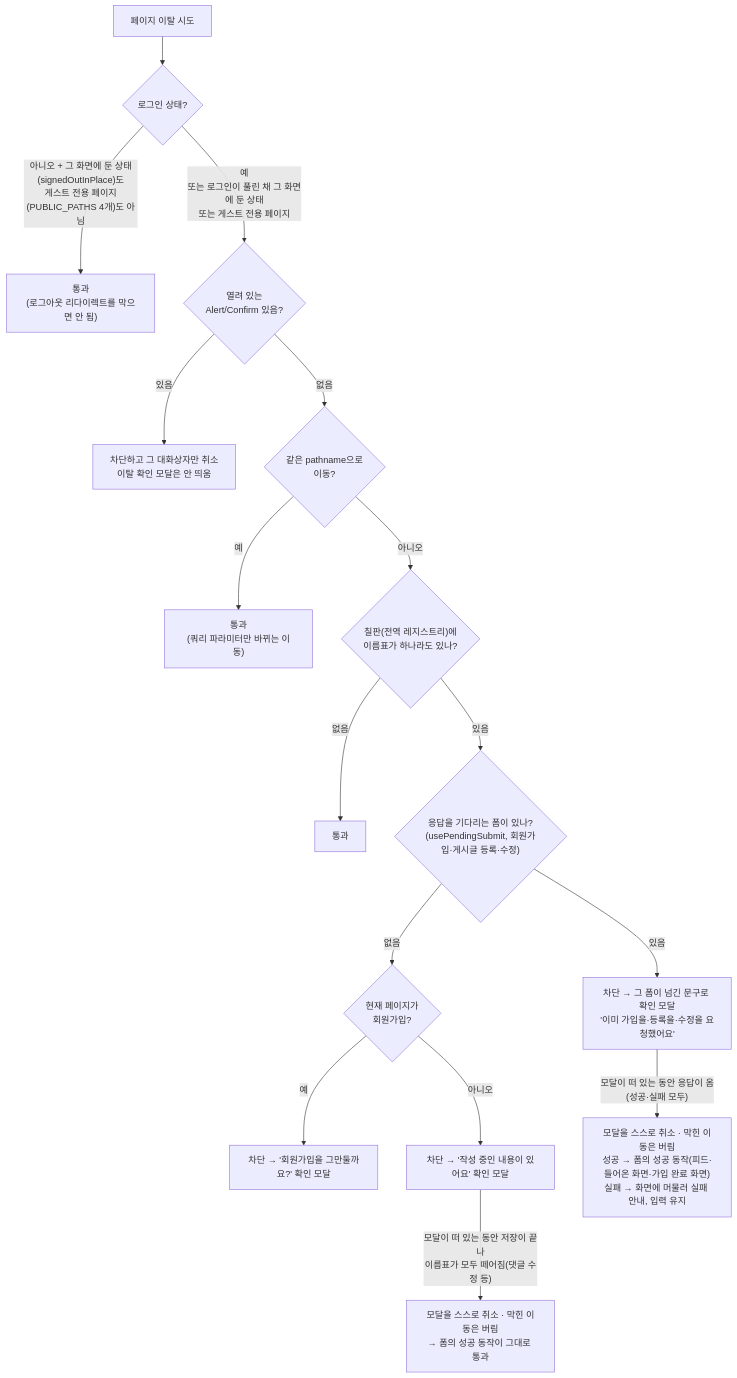
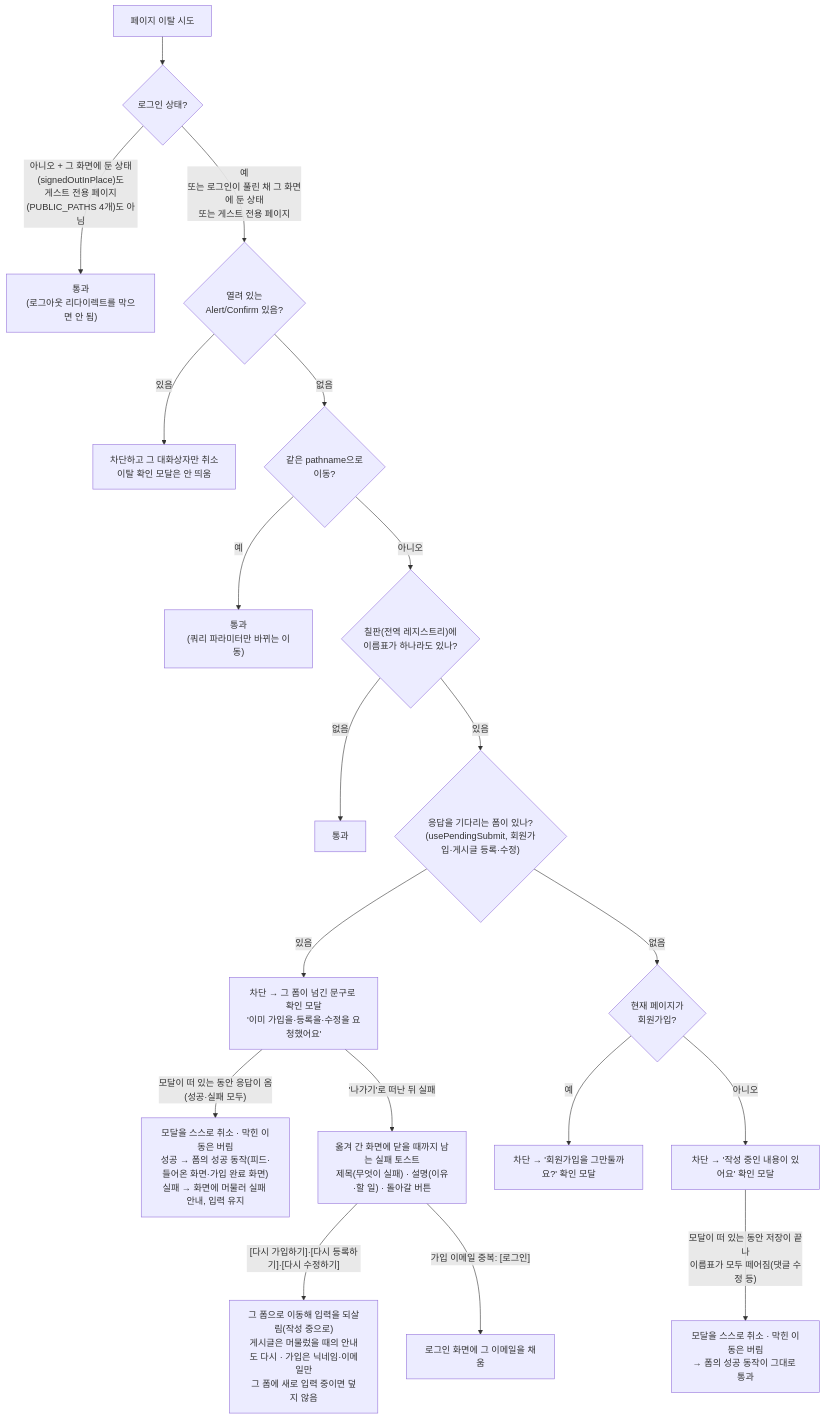
One commit to BAECHAN/link-sphere_FE_NEW changed the diagram in docs/UNSAVED-CHANGES-GUARD.md. Above: the diagram before and after it, drawn with Mermaid. The commit also changed other lines of this file and 24 other files, not shown here.

First line of the commit message:
feat(shared): 요청 중 떠난 뒤 실패하면 닫을 때까지 남는 토스트와 돌아갈 버튼 (#487)

````diff
--- a/docs/UNSAVED-CHANGES-GUARD.md
+++ b/docs/UNSAVED-CHANGES-GUARD.md
@@ -30,18 +30,21 @@
 ```mermaid
 flowchart TD
   Nav["페이지 이탈 시도"] --> Auth{"로그인 상태?"}
   Auth -->|"아니오 + 그 화면에 둔 상태(signedOutInPlace)도<br/>게스트 전용 페이지(PUBLIC_PATHS 4개)도 아님"| Allow1["통과<br/>(로그아웃 리다이렉트를 막으면 안 됨)"]
   Auth -->|"예<br/>또는 로그인이 풀린 채 그 화면에 둔 상태<br/>또는 게스트 전용 페이지"| AlertOpen{"열려 있는<br/>Alert/Confirm 있음?"}
   AlertOpen -->|있음| BlockAlert["차단하고 그 대화상자만 취소<br/>이탈 확인 모달은 안 띄움"]
   AlertOpen -->|없음| SamePath{"같은 pathname으로<br/>이동?"}
   SamePath -->|예| Allow2["통과<br/>(쿼리 파라미터만 바뀌는 이동)"]
   SamePath -->|아니오| Dirty{"칠판(전역 레지스트리)에<br/>이름표가 하나라도 있나?"}
   Dirty -->|없음| Allow3["통과"]
   Dirty -->|있음| Pending{"응답을 기다리는 폼이 있나?<br/>(usePendingSubmit, 회원가입·게시글 등록·수정)"}
   Pending -->|있음| BlockPending["차단 → 그 폼이 넘긴 문구로 확인 모달<br/>'이미 가입을·등록을·수정을 요청했어요'"]
   Pending -->|없음| Page{"현재 페이지가<br/>회원가입?"}
   Page -->|예| BlockSignup["차단 → '회원가입을 그만둘까요?' 확인 모달"]
   Page -->|아니오| BlockConfirm["차단 → '작성 중인 내용이 있어요' 확인 모달"]
   BlockConfirm -->|"모달이 떠 있는 동안 저장이 끝나<br/>이름표가 모두 떼어짐(댓글 수정 등)"| AutoClose["모달을 스스로 취소 · 막힌 이동은 버림<br/>→ 폼의 성공 동작이 그대로 통과"]
   BlockPending -->|"모달이 떠 있는 동안 응답이 옴<br/>(성공·실패 모두)"| AutoClosePending["모달을 스스로 취소 · 막힌 이동은 버림<br/>성공 → 폼의 성공 동작(피드·들어온 화면·가입 완료 화면)<br/>실패 → 화면에 머물러 실패 안내, 입력 유지"]
+  BlockPending -->|"'나가기'로 떠난 뒤 실패"| LeftFail["옮겨 간 화면에 닫을 때까지 남는 실패 토스트<br/>제목(무엇이 실패) · 설명(이유·할 일) · 돌아갈 버튼"]
+  LeftFail -->|"[다시 가입하기]·[다시 등록하기]·[다시 수정하기]"| Restore["그 폼으로 이동해 입력을 되살림(작성 중으로)<br/>게시글은 머물렀을 때의 안내도 다시 · 가입은 닉네임·이메일만<br/>그 폼에 새로 입력 중이면 덮지 않음"]
+  LeftFail -->|"가입 이메일 중복: [로그인]"| LoginFill["로그인 화면에 그 이메일을 채움"]
 ```
````
